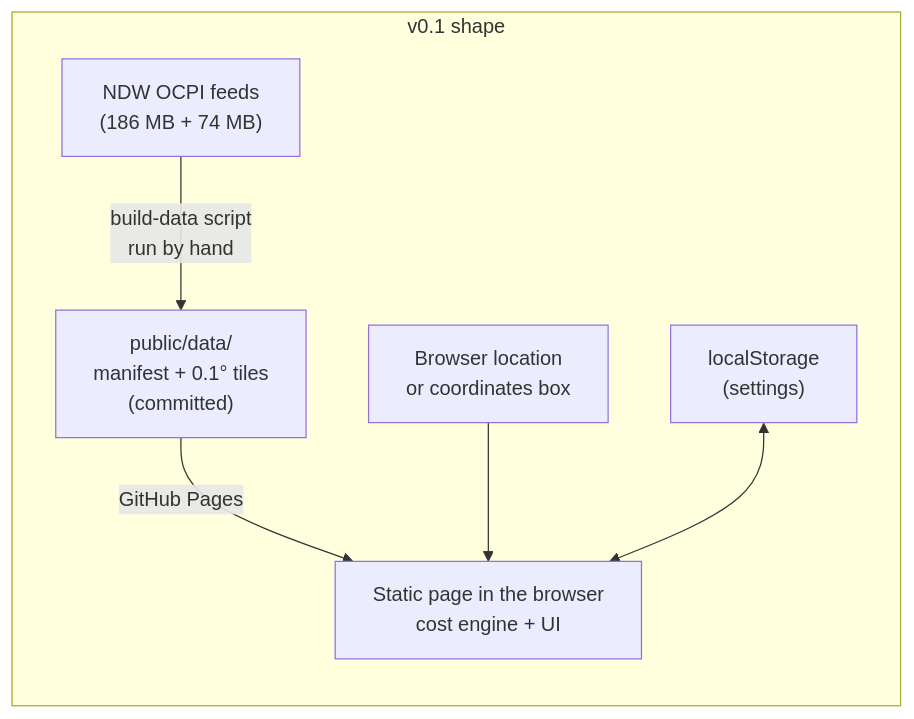
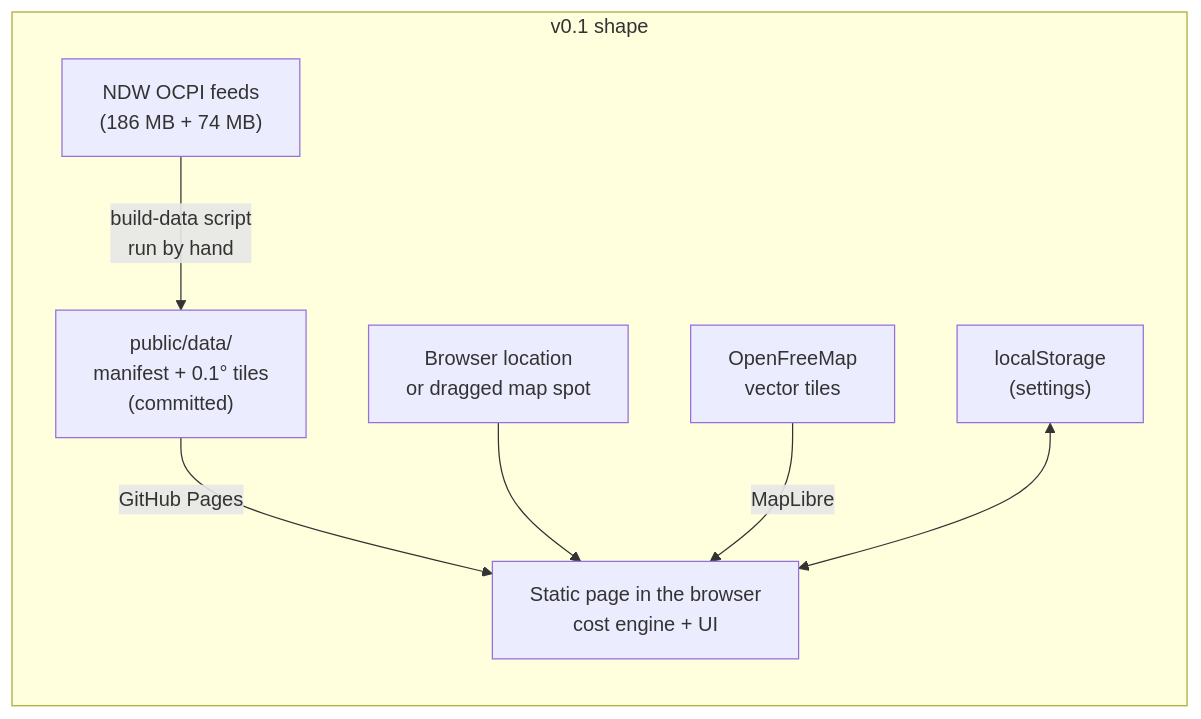
The first of 2 diagrams in docs/agentic/2026-10-09-plug-or-not/solution-design.md (christianrexwinkel-tomtom/plug-or-not), drawn with Mermaid before and after one commit. The commit also changed other lines of this file and 2 other files, not shown here.

````diff
--- a/docs/agentic/2026-10-09-plug-or-not/solution-design.md
+++ b/docs/agentic/2026-10-09-plug-or-not/solution-design.md
@@ -31,9 +32,10 @@
 ```mermaid
 flowchart LR
   subgraph after["v0.1 shape"]
     ndw["NDW OCPI feeds<br/>(186 MB + 74 MB)"] -->|"build-data script<br/>run by hand"| tiles["public/data/<br/>manifest + 0.1° tiles<br/>(committed)"]
     tiles -->|"GitHub Pages"| page["Static page in the browser<br/>cost engine + UI"]
-    geo["Browser location<br/>or coordinates box"] --> page
+    geo["Browser location<br/>or dragged map spot"] --> page
+    osm["OpenFreeMap<br/>vector tiles"] -->|"MapLibre"| page
     store["localStorage<br/>(settings)"] <--> page
   end
 ```
````
